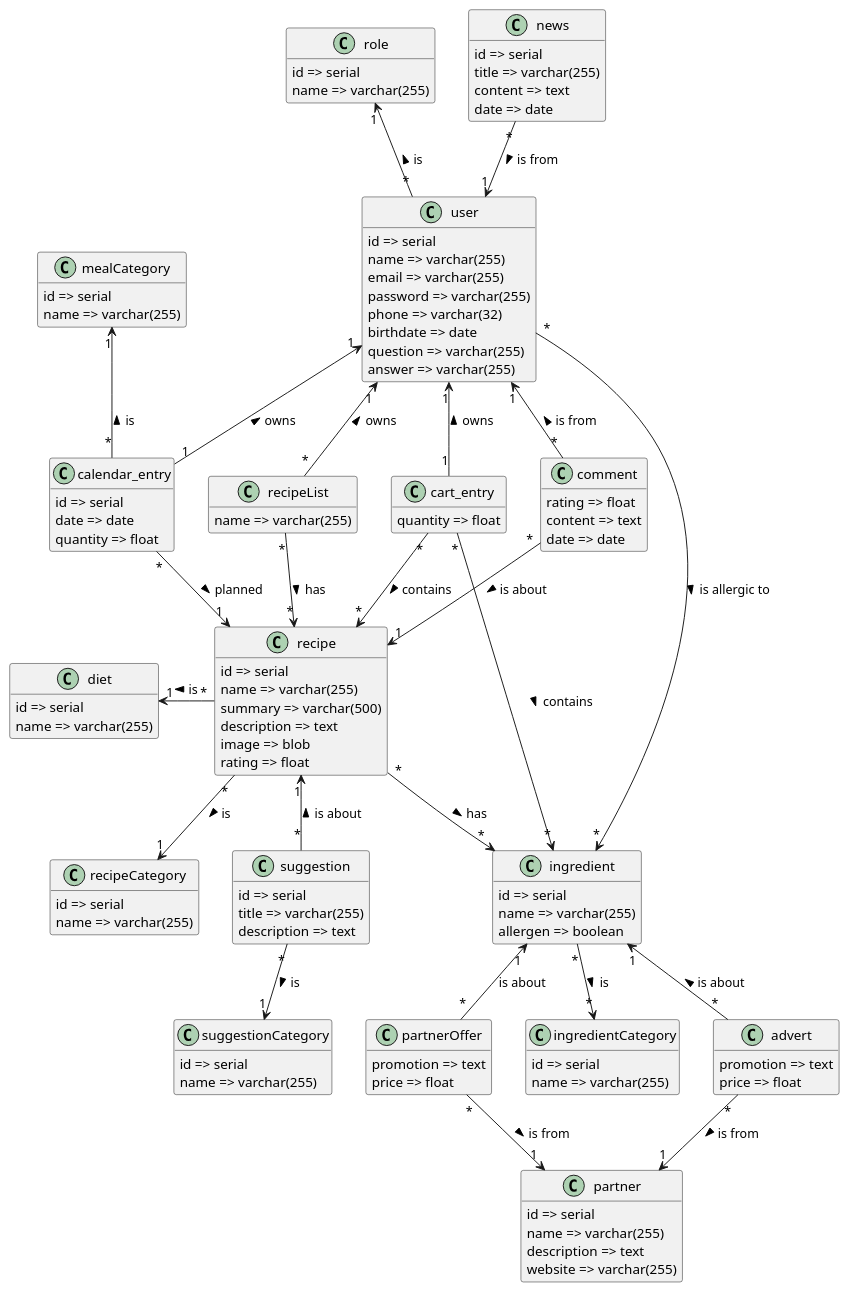
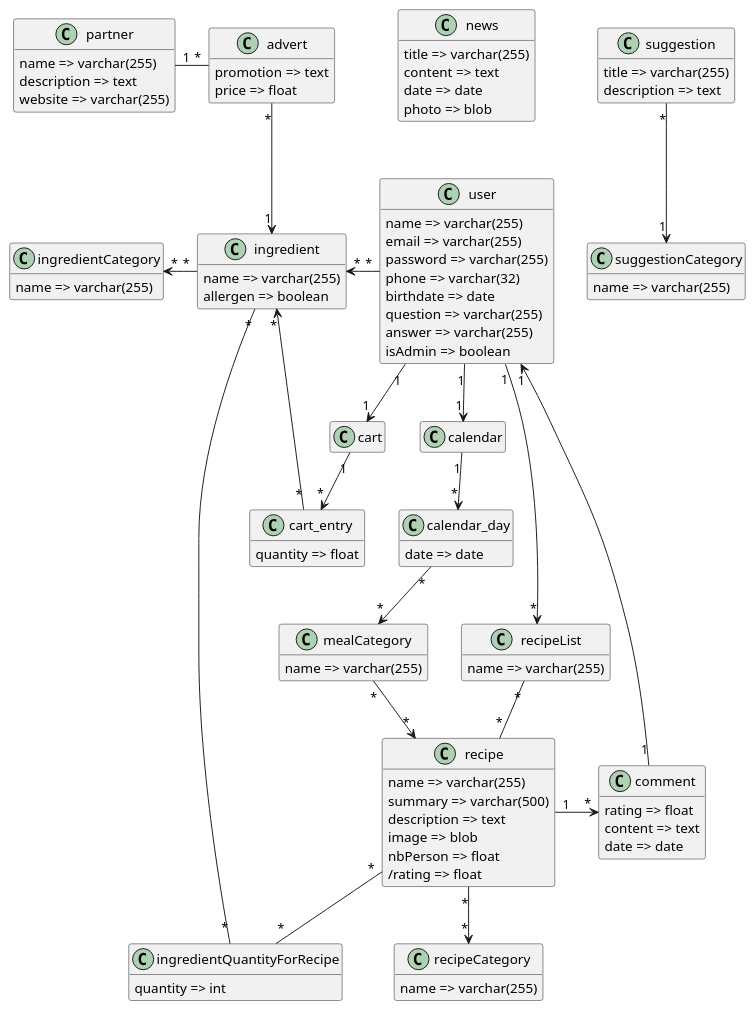
Before and after one commit to iusildra/WineCellar: the diagram in doc/reports/domainAnalysis/database.md, drawn with PlantUML. The commit also changed 5 other files, not shown here.

````diff
--- a/doc/reports/domainAnalysis/database.md
+++ b/doc/reports/domainAnalysis/database.md
@@ -5,49 +5,35 @@
 ```plantuml
 hide empty members
-
-class diet {
-  {field} id => serial
-  {field} name => varchar(255)
-}
+' skinparam Linetype polyline
 
 class ingredientCategory {
-  {field} id => serial
   {field} name => varchar(255)
 }
 
 class recipeCategory {
-  {field} id => serial
   {field} name => varchar(255)
 }
 
 class suggestionCategory {
-  {field} id => serial
   {field} name => varchar(255)
 }
 
 class mealCategory {
-  {field} id => serial
-  {field} name => varchar(255)
-}
-
-class role {
-  {field} id => serial
   {field} name => varchar(255)
 }
 
 class ingredient {
-  {field} id => serial
   {field} name => varchar(255)
   {field} allergen => boolean
 }
 
 class recipe {
-  {field} id => serial
   {field} name => varchar(255)
   {field} summary => varchar(500)
   {field} description => text
   {field} image => blob
-  {field} rating => float
+  {field} nbPerson => float
+  {field} /rating => float
 }
 
 
@@ -57,7 +43,6 @@
 }
 
 class suggestion {
-  {field} id => serial
   {field} title => varchar(255)
   {field} description => text
 }
@@ -69,11 +54,10 @@
   {field} date => date
 }
 
+class calendar
 
-class calendar_entry {
-  {field} id => serial
+class calendar_day {
   {field} date => date
-  {field} quantity => float
 }
 
 
@@ -81,32 +65,27 @@
   {field} name => varchar(255)
 }
 
+class cart {
+}
 
 class cart_entry {
   quantity => float
 }
 
 class partner {
-  {field} id => serial
   {field} name => varchar(255)
   {field} description => text
   {field} website => varchar(255)
 }
 
-class partnerOffer {
-  {field} promotion => text
-  {field} price => float
-}
-
 class news {
-  {field} id => serial
   {field} title => varchar(255)
   {field} content => text
   {field} date => date
+  {field} photo => blob
 }
 
 class user {
-  {field} id => serial
   {field} name => varchar(255)
   {field} email => varchar(255)
   {field} password => varchar(255)
@@ -114,33 +93,37 @@
   {field} birthdate => date
   {field} question => varchar(255)
   {field} answer => varchar(255)
+  {field} isAdmin => boolean
 }
 
-advert "*"        -u-> "1" ingredient: > is about
-partnerOffer "*"  -u-> "1" ingredient: is about
-cart_entry "*"          --> "*" ingredient: > contains
-recipe "*"        --> "*" ingredient: > has
-user "*"          --> "*" ingredient: > is allergic to
+class ingredientQuantityForRecipe {
+  {field} quantity => int
+}
 
-advert "*"        --> "1" partner: > is from
-partnerOffer "*"  --> "1" partner: > is from
+advert "*"                      -d-> "1" ingredient
+advert "*"                      -l- "1" partner
 
-calendar_entry "*"      --> "1" recipe: > planned
-comment "*"       --> "1" recipe: > is about
-cart_entry "*"          --> "*" recipe: > contains
-recipeList "*"    --> "*" recipe: > has
-suggestion "*"    -u-> "1" recipe: > is about
+calendar "1"                    --> "*" calendar_day
+cart "1"                        --> "*" cart_entry
+cart_entry "*"                  --> "*" ingredient
+comment "1"                     --> "1" user
 
-calendar_entry "1"      -u-> "1" user: > owns
-cart_entry "1"          -u-> "1" user: > owns
-recipeList "*"    -u-> "1" user: > owns
-comment "*"       -u-> "1" user: > is from
-news "*"          --> "1" user: > is from
+ingredientQuantityForRecipe "*" -- "*" ingredient
 
-calendar_entry "*"      -u-> "1" mealCategory: > is
-ingredient "*"    --> "*" ingredientCategory: > is
-recipe "*"        --> "1" recipeCategory: > is
-recipe "*"        -l-> "1" diet: > is
-suggestion "*"    -d-> "1" suggestionCategory: > is
-user "*"          -u-> "1" role: > is
+mealCategory "*"                --> "*" recipe
+
+recipe  "1"                     -> "*" comment
+recipe "*"                      -- "*" ingredientQuantityForRecipe
+recipeList "*"                  -- "*" recipe
+
+user "1"                        --> "1" calendar
+user "1"                        --> "1" cart
+user "*"                        --l--> "*" ingredient
+user "1"                        --> "*" recipeList
+user -[hidden]u- news
+
+calendar_day "*"                --> "*" mealCategory
+ingredient "*"                  --l--> "*" ingredientCategory
+recipe "*"                      --> "*" recipeCategory
+suggestion "*"                  --> "1" suggestionCategory
 ```
````
